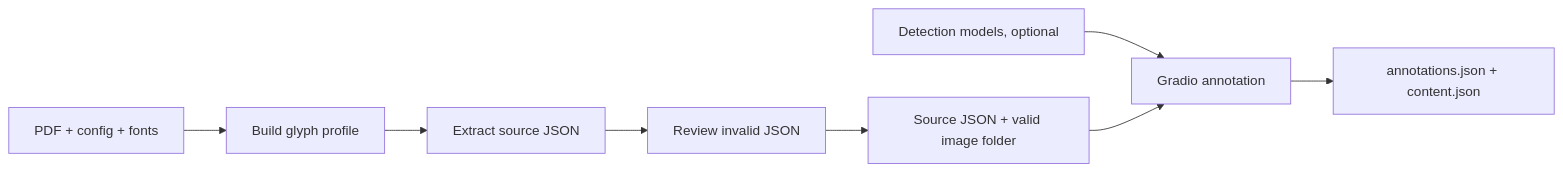
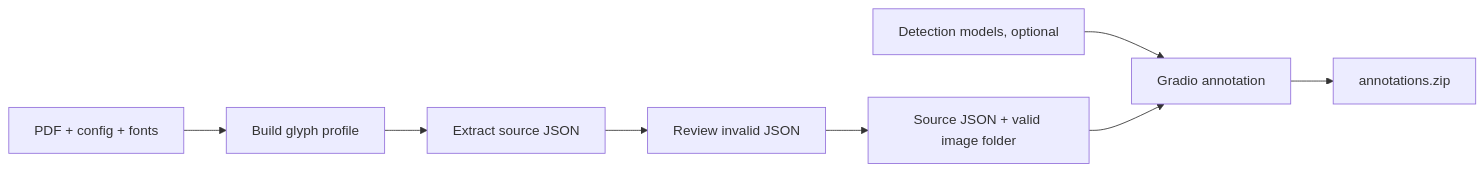
Before and after one commit to VongHaiYen11/SinoNom-Annotation: the diagram in README.md, drawn with Mermaid. The commit also changed other lines of this file and 11 other files, not shown here.

````diff
--- a/README.md
+++ b/README.md
@@ -31,10 +65,10 @@
 ```mermaid
 flowchart LR
     A[PDF + config + fonts] --> B[Build glyph profile]
     B --> C[Extract source JSON]
     C --> D[Review invalid JSON]
     D --> E[Source JSON + valid image folder]
     M[Detection models, optional] --> F[Gradio annotation]
     E --> F
-    F --> G[annotations.json + content.json]
+    F --> G[annotations.zip]
 ```
````
